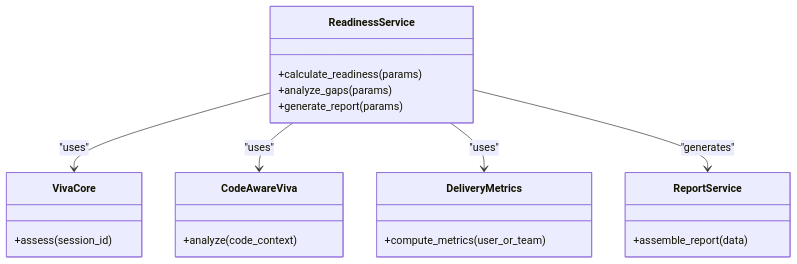
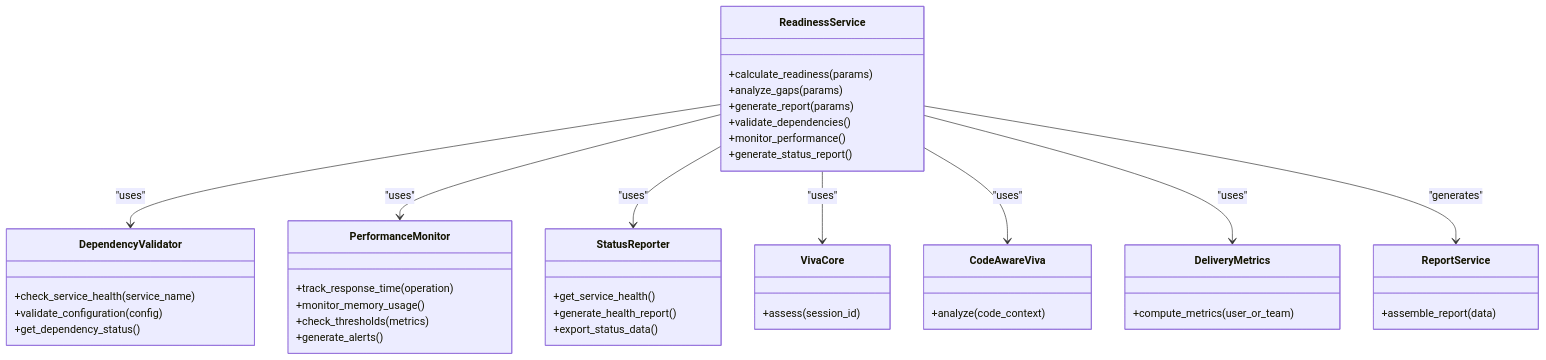
The fifth of 6 diagrams in .qoder/repowiki/en/content/Architecture Overview/Backend Architecture/Service Layer Architecture/Readiness Service.md (KKBAE143/VivAI), drawn with Mermaid before and after one commit. The commit also changed other lines of this file and 133 other files, not shown here.

First line of the commit message:
docs(readiness-service): update documentation with enhanced validation and monitoring

````diff
--- a/.qoder/repowiki/en/content/Architecture Overview/Backend Architecture/Service Layer Architecture/Readiness Service.md
+++ b/.qoder/repowiki/en/content/Architecture Overview/Backend Architecture/Service Layer Architecture/Readiness Service.md
@@ -248,24 +379,46 @@
 ```mermaid
 classDiagram
 class ReadinessService {
 +calculate_readiness(params)
 +analyze_gaps(params)
 +generate_report(params)
++validate_dependencies()
++monitor_performance()
++generate_status_report()
+}
+class DependencyValidator {
++check_service_health(service_name)
++validate_configuration(config)
++get_dependency_status()
+}
+class PerformanceMonitor {
++track_response_time(operation)
++monitor_memory_usage()
++check_thresholds(metrics)
++generate_alerts()
+}
+class StatusReporter {
++get_service_health()
++generate_health_report()
++export_status_data()
 }
 class VivaCore {
 +assess(session_id)
 }
 class CodeAwareViva {
 +analyze(code_context)
 }
 class DeliveryMetrics {
 +compute_metrics(user_or_team)
 }
 class ReportService {
 +assemble_report(data)
 }
+ReadinessService --> DependencyValidator : "uses"
+ReadinessService --> PerformanceMonitor : "uses"
+ReadinessService --> StatusReporter : "uses"
 ReadinessService --> VivaCore : "uses"
 ReadinessService --> CodeAwareViva : "uses"
 ReadinessService --> DeliveryMetrics : "uses"
 ReadinessService --> ReportService : "generates"
 ```
````
